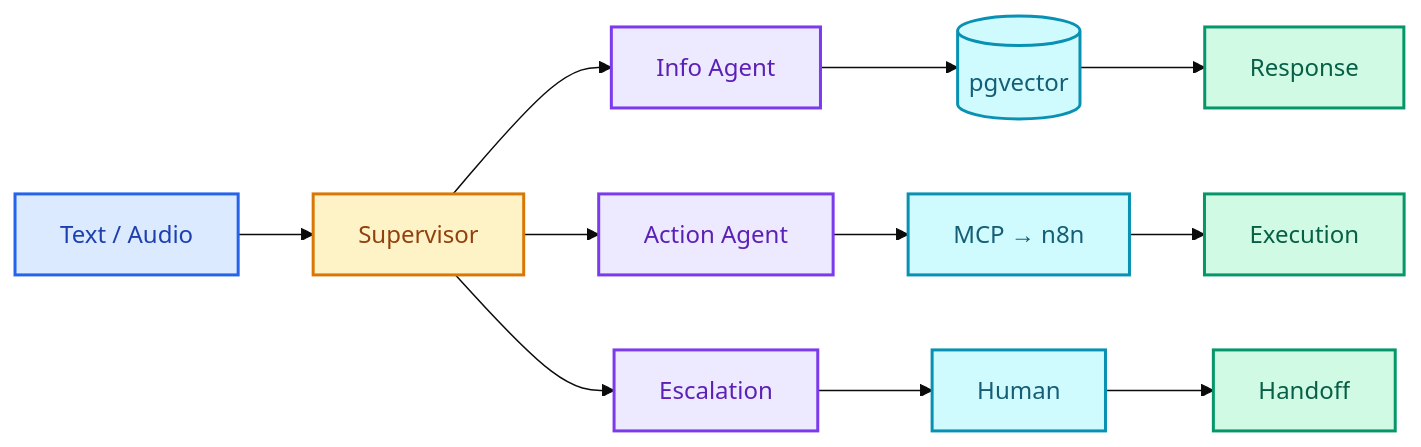
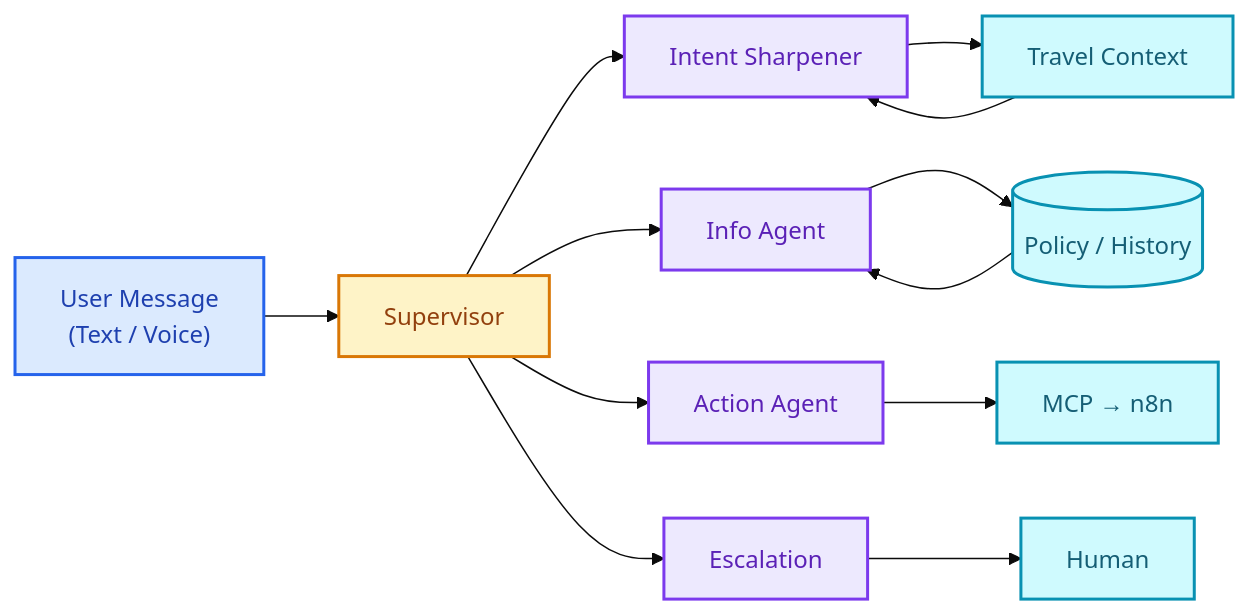
The diagram in README.md (KadirGokdeniz/ActionFlow), drawn with Mermaid (base theme) before and after one commit. The commit also changed other lines of this file, not shown here.

First line of the commit message:
Revise demo scenarios and agent responsibilities

````diff
--- a/README.md
+++ b/README.md
@@ -63,20 +82,29 @@
 ```mermaid
 flowchart LR
-    INPUT["Text / Audio"] --> SUP["Supervisor"]
-    
-    SUP --> INFO["Info Agent"] --> DB[("pgvector")] --> OUT1["Response"]
-    SUP --> ACT["Action Agent"] --> MCP["MCP → n8n"] --> OUT2["Execution"]
-    SUP --> ESC["Escalation"] --> HUM["Human"] --> OUT3["Handoff"]
+    INPUT["User Message<br/>(Text / Voice)"] --> SUP["Supervisor"]
 
-    classDef input fill:#dbeafe,stroke:#2563eb,stroke-width:2px,color:#1e40af
-    classDef routing fill:#fef3c7,stroke:#d97706,stroke-width:2px,color:#92400e
-    classDef agent fill:#ede9fe,stroke:#7c3aed,stroke-width:2px,color:#5b21b6
-    classDef tool fill:#cffafe,stroke:#0891b2,stroke-width:2px,color:#155e75
-    classDef output fill:#d1fae5,stroke:#059669,stroke-width:2px,color:#065f46
+    SUP --> SHARP["Intent Sharpener"]
+    SHARP --> TravelCon["Travel Context"]
+    TravelCon -->SHARP
+    SUP --> INFO["Info Agent"]
+    SUP --> ACT["Action Agent"]
+    SUP --> ESC["Escalation"]
 
-    class INPUT input
-    class SUP routing
-    class INFO,ACT,ESC agent
-    class DB,MCP,HUM tool
-    class OUT1,OUT2,OUT3 output
+    INFO --> DB[("Policy / History")]
+    DB --> INFO
+    ACT --> MCP["MCP → n8n"]
+    ESC --> HUM["Human"]
+
+    classDef input fill:#dbeafe,stroke:#2563eb,stroke-width:2px,color:#1e40af
+    classDef core fill:#fef3c7,stroke:#d97706,stroke-width:2px,color:#92400e
+    classDef agent fill:#ede9fe,stroke:#7c3aed,stroke-width:2px,color:#5b21b6
+    classDef tool fill:#cffafe,stroke:#0891b2,stroke-width:2px,color:#155e75
+    classDef output fill:#d1fae5,stroke:#059669,stroke-width:2px,color:#065f46
+
+    class INPUT input
+    class SUP core
+    class SHARP,INFO,ACT,ESC agent
+    class DB,MCP,HUM,TravelCon tool
+    class OUT output
+
 ```
````
